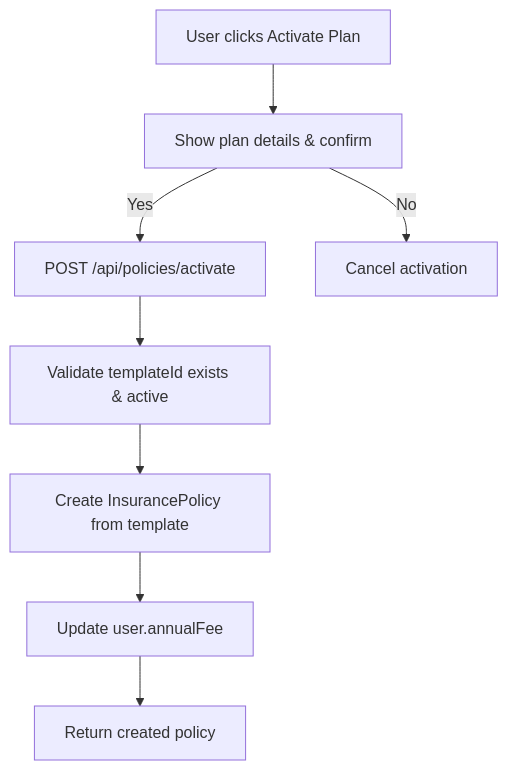
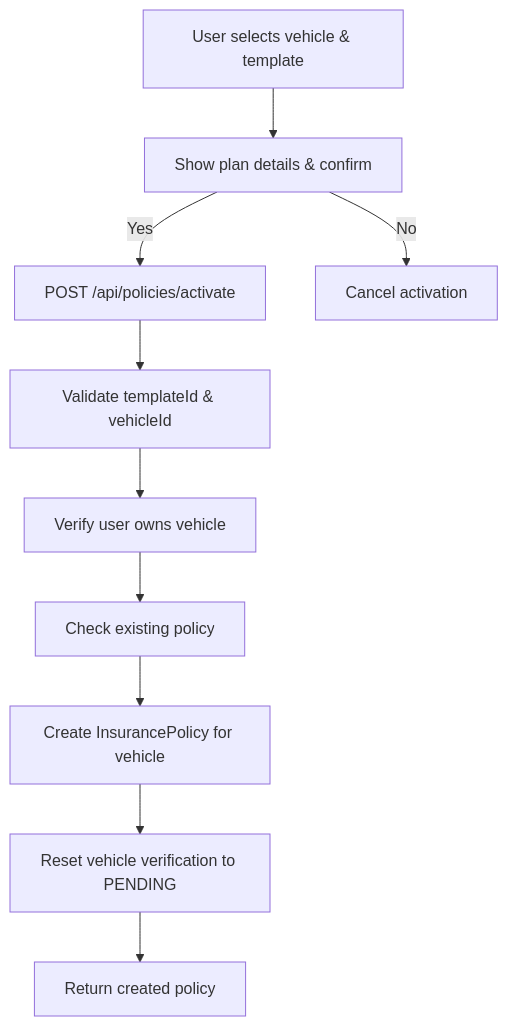
Before and after one commit to NaveenHiranya/Smart-Vehicle-Insurance-Claim-System: the fourth of 9 diagrams in .qoder/repowiki/en/content/Business Logic Layer/Policy Management System.md, drawn with Mermaid. The commit also changed other lines of this file and 21 other files, not shown here.

````diff
--- a/.qoder/repowiki/en/content/Business Logic Layer/Policy Management System.md
+++ b/.qoder/repowiki/en/content/Business Logic Layer/Policy Management System.md
@@ -216,10 +229,12 @@
 ```mermaid
 flowchart TD
-UserClick["User clicks Activate Plan"] --> Confirm["Show plan details & confirm"]
+UserClick["User selects vehicle & template"] --> Confirm["Show plan details & confirm"]
 Confirm --> |Yes| API["POST /api/policies/activate"]
 Confirm --> |No| Cancel["Cancel activation"]
-API --> Validate["Validate templateId exists & active"]
-Validate --> Create["Create InsurancePolicy from template"]
-Create --> Sync["Update user.annualFee"]
-Sync --> Success["Return created policy"]
+API --> Validate["Validate templateId & vehicleId"]
+Validate --> CheckOwnership["Verify user owns vehicle"]
+CheckOwnership --> CheckExisting["Check existing policy"]
+CheckExisting --> Create["Create InsurancePolicy for vehicle"]
+Create --> ResetVerification["Reset vehicle verification to PENDING"]
+ResetVerification --> Success["Return created policy"]
 ```
````
